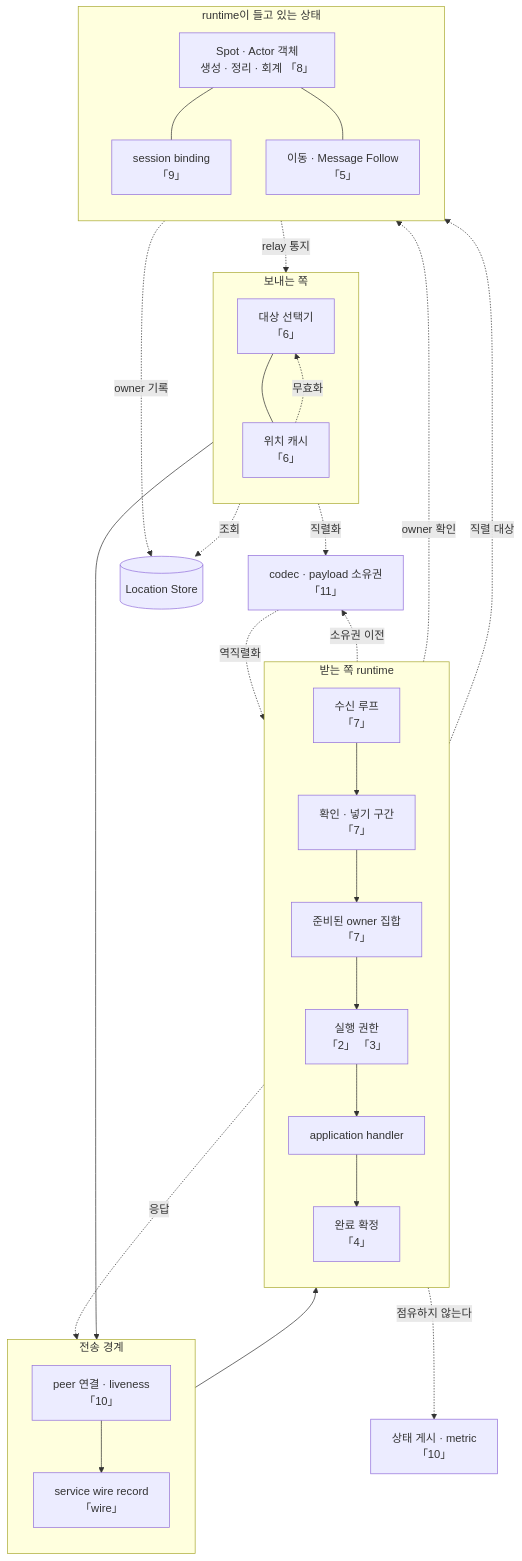
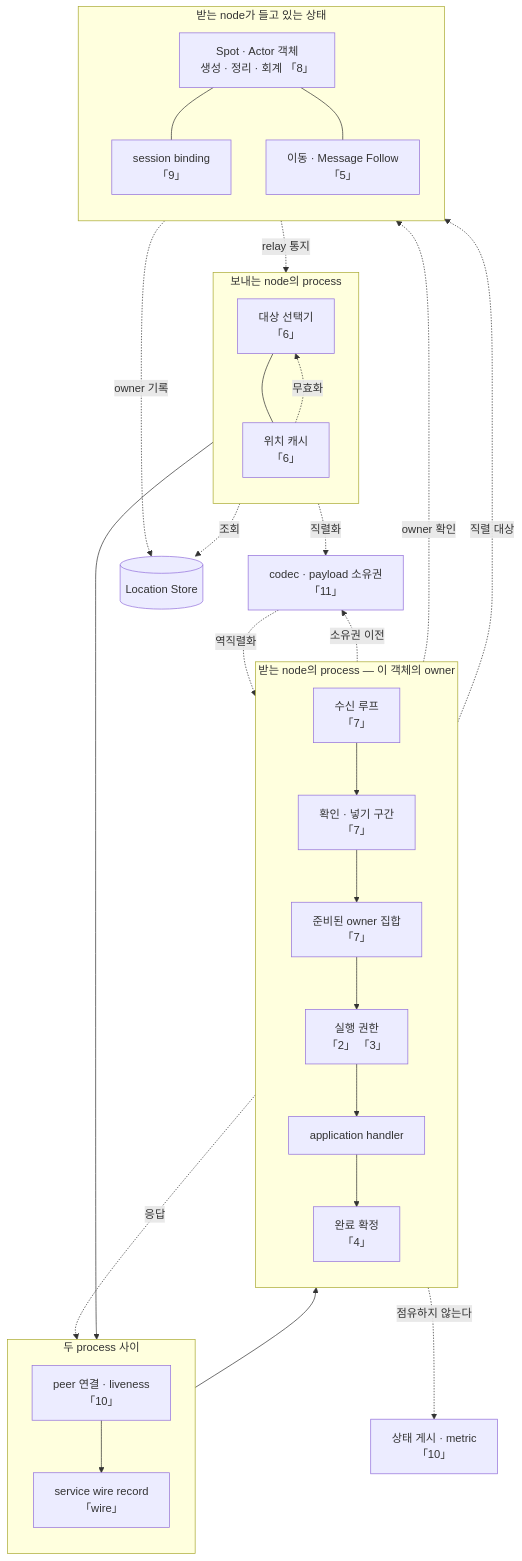
Before and after one commit to kairos-code-dev/zlink: the diagram in framework/doc/framework/common/internals/README.ko.md, drawn with Mermaid. The commit also changed other lines of this file and 10 other files, not shown here.

````diff
--- a/framework/doc/framework/common/internals/README.ko.md
+++ b/framework/doc/framework/common/internals/README.ko.md
@@ -28,54 +32,54 @@
 ```mermaid
 flowchart TB
-    subgraph SEND["보내는 쪽"]
+    subgraph SEND["보내는 node의 process"]
         direction TB
         SEL["대상 선택기<br/>「6」"]
         RC["위치 캐시<br/>「6」"]
         SEL --- RC
     end
 
-    subgraph WIRE["전송 경계"]
+    subgraph WIRE["두 process 사이"]
         direction TB
         TR["peer 연결 · liveness<br/>「10」"]
         REC["service wire record<br/>「wire」"]
     end
 
-    subgraph RECVSIDE["받는 쪽 runtime"]
+    subgraph RECVSIDE["받는 node의 process — 이 객체의 owner"]
         direction TB
         RL["수신 루프<br/>「7」"]
         AD["확인 · 넣기 구간<br/>「7」"]
         RS["준비된 owner 집합<br/>「7」"]
         GATE["실행 권한<br/>「2」 「3」"]
         H["application handler"]
         FIN["완료 확정<br/>「4」"]
     end
 
-    subgraph STATE["runtime이 들고 있는 상태"]
+    subgraph STATE["받는 node가 들고 있는 상태"]
         direction TB
         OBJ["Spot · Actor 객체<br/>생성 · 정리 · 회계 「8」"]
         SB["session binding<br/>「9」"]
         MV["이동 · Message Follow<br/>「5」"]
     end
 
     COD["codec · payload 소유권<br/>「11」"]
     LS[("Location Store")]
     OBS["상태 게시 · metric<br/>「10」"]
 
     SEL --> TR --> REC --> RL
     RL --> AD --> RS --> GATE --> H --> FIN
     FIN -. "응답" .-> TR
 
     SEL -. "직렬화" .-> COD
     RL -. "소유권 이전" .-> COD
     COD -. "역직렬화" .-> H
 
     SEL -. "조회" .-> LS
     RC -. "무효화" .-> SEL
     AD -. "owner 확인" .-> OBJ
     GATE -. "직렬 대상" .-> OBJ
     OBJ -. "owner 기록" .-> LS
     OBJ --- SB
     OBJ --- MV
     MV -. "relay 통지" .-> RC
     GATE -. "점유하지 않는다" .-> OBS
 ```
````
